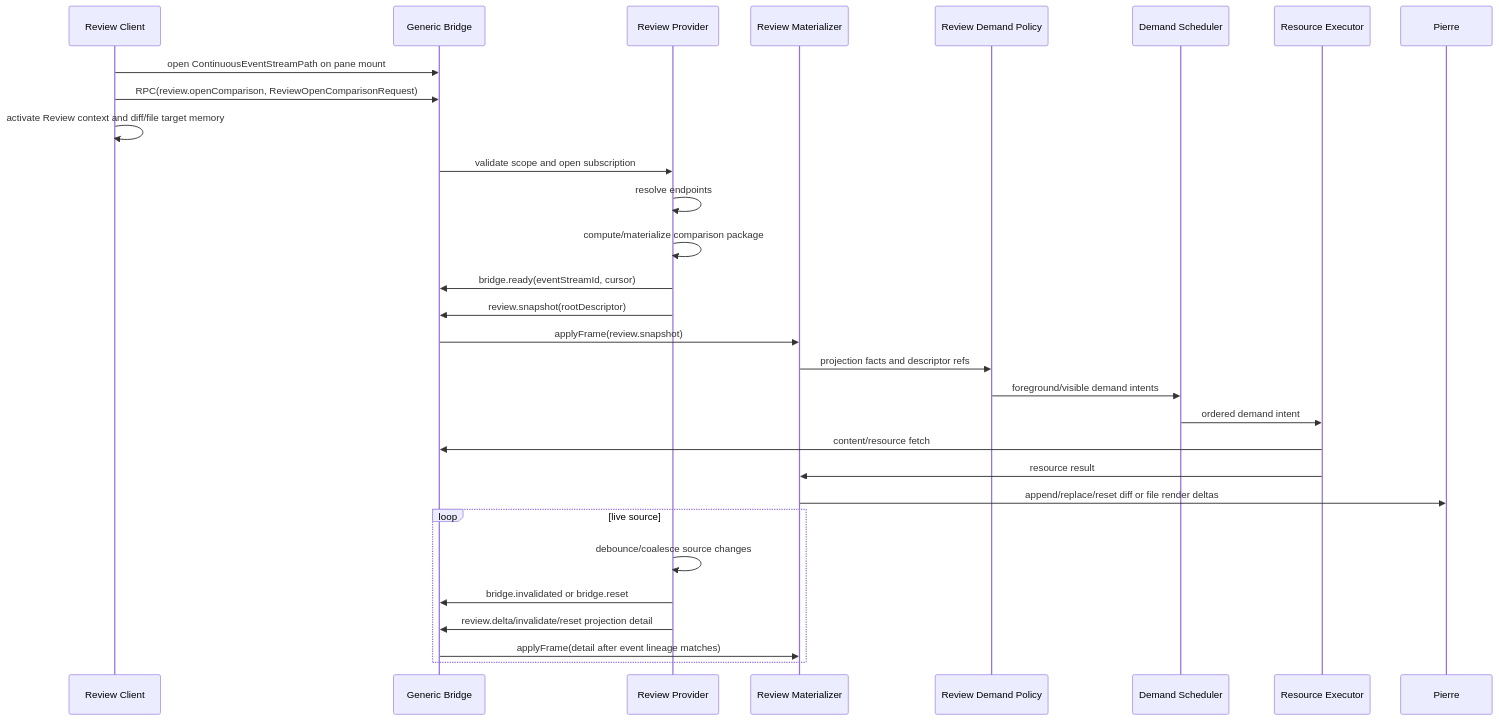
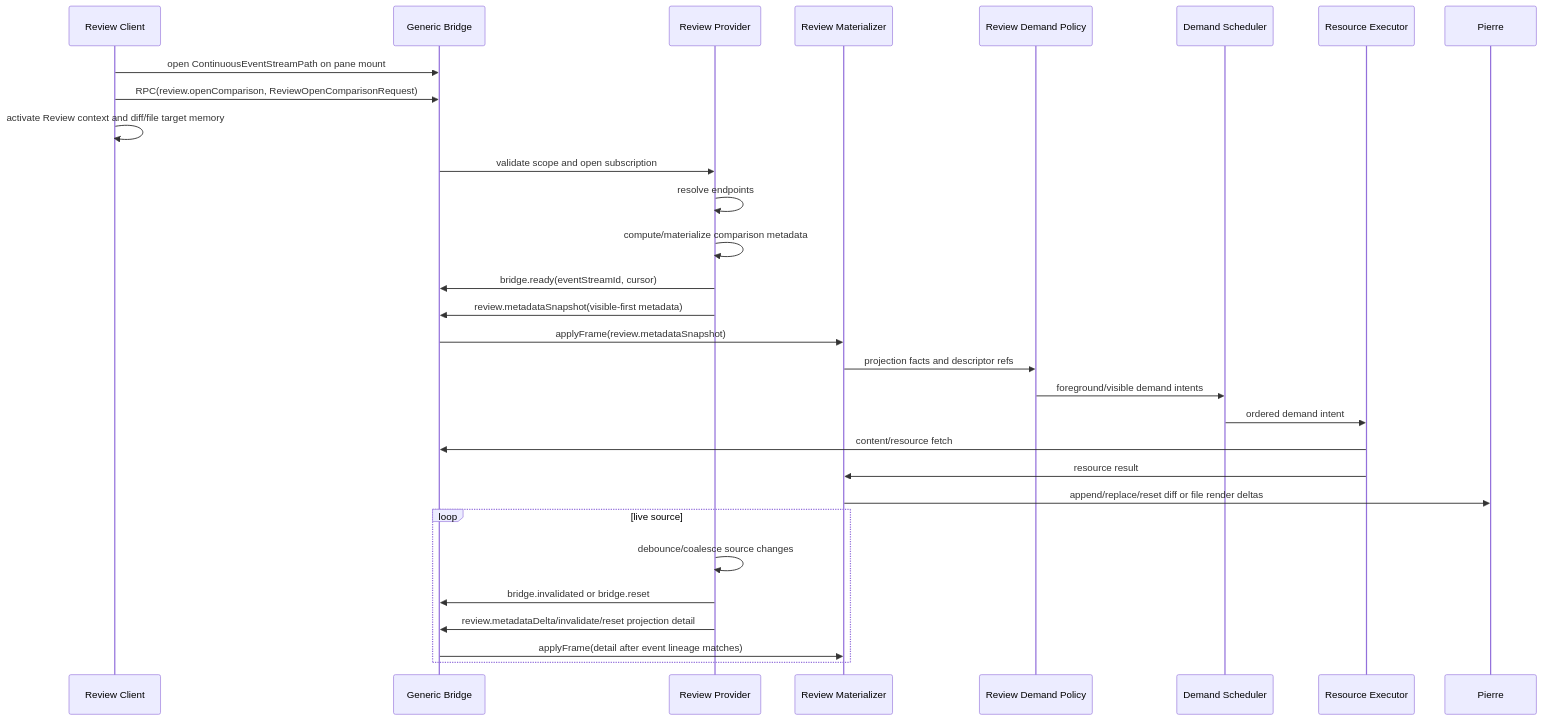
The diagram in docs/specs/bridge-viewer-transport/review-protocol.md (ShravanSunder/agentstudio), drawn with Mermaid before and after one commit. The commit also changed other lines of this file and 3 other files, not shown here.

````diff
--- a/docs/specs/bridge-viewer-transport/review-protocol.md
+++ b/docs/specs/bridge-viewer-transport/review-protocol.md
@@ -464,33 +585,33 @@
 ```mermaid
 sequenceDiagram
   participant Browser as Review Client
   participant Bridge as Generic Bridge
   participant Provider as Review Provider
   participant Mat as Review Materializer
   participant Policy as Review Demand Policy
   participant Sched as Demand Scheduler
   participant Exec as Resource Executor
   participant Pierre as Pierre
 
   Browser->>Bridge: open ContinuousEventStreamPath on pane mount
   Browser->>Bridge: RPC(review.openComparison, ReviewOpenComparisonRequest)
   Browser->>Browser: activate Review context and diff/file target memory
   Bridge->>Provider: validate scope and open subscription
   Provider->>Provider: resolve endpoints
-  Provider->>Provider: compute/materialize comparison package
+  Provider->>Provider: compute/materialize comparison metadata
   Provider->>Bridge: bridge.ready(eventStreamId, cursor)
-  Provider->>Bridge: review.snapshot(rootDescriptor)
-  Bridge->>Mat: applyFrame(review.snapshot)
+  Provider->>Bridge: review.metadataSnapshot(visible-first metadata)
+  Bridge->>Mat: applyFrame(review.metadataSnapshot)
   Mat->>Policy: projection facts and descriptor refs
   Policy->>Sched: foreground/visible demand intents
   Sched->>Exec: ordered demand intent
   Exec->>Bridge: content/resource fetch
   Exec->>Mat: resource result
   Mat->>Pierre: append/replace/reset diff or file render deltas
   loop live source
     Provider->>Provider: debounce/coalesce source changes
     Provider->>Bridge: bridge.invalidated or bridge.reset
-    Provider->>Bridge: review.delta/invalidate/reset projection detail
+    Provider->>Bridge: review.metadataDelta/invalidate/reset projection detail
     Bridge->>Mat: applyFrame(detail after event lineage matches)
   end
 ```
````
